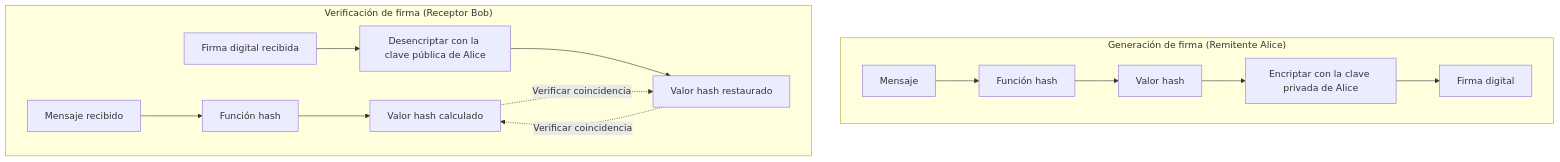
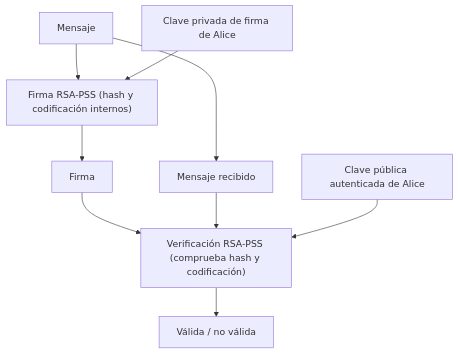
One commit to kenjinote/blog changed the second of 3 diagrams in content/post/modern-cryptography-public-key-hash-signature/index.es.md. Above: the diagram before and after it, drawn with Mermaid. The commit also changed other lines of this file and 5 other files, not shown here.

````diff
--- a/content/post/modern-cryptography-public-key-hash-signature/index.es.md
+++ b/content/post/modern-cryptography-public-key-hash-signature/index.es.md
@@ -231,20 +217,11 @@
 ```mermaid
 graph TD
-    subgraph "Generación de firma (Remitente Alice)"
-        M1["Mensaje"] --> H1["Función hash"]
-        H1 --> Hash1["Valor hash"]
-        Hash1 --> Sign["Encriptar con la clave privada de Alice"]
-        Sign --> Sig["Firma digital"]
-    end
-
-    subgraph "Verificación de firma (Receptor Bob)"
-        M2["Mensaje recibido"] --> H2["Función hash"]
-        H2 --> Hash2["Valor hash calculado"]
-        
-        Sig2["Firma digital recibida"] --> Ver["Desencriptar con la clave pública de Alice"]
-        Ver --> Hash3["Valor hash restaurado"]
-        
-        Hash2 -.->|"Verificar coincidencia"| Hash3
-        Hash3 -.->|"Verificar coincidencia"| Hash2
-    end
+    M["Mensaje"] --> S["Firma RSA-PSS (hash y codificación internos)"]
+    SK["Clave privada de firma de Alice"] --> S
+    S --> SIG["Firma"]
+    M --> RM["Mensaje recibido"]
+    SIG --> V["Verificación RSA-PSS (comprueba hash y codificación)"]
+    RM --> V
+    PK["Clave pública autenticada de Alice"] --> V
+    V --> R["Válida / no válida"]
 ```
````
